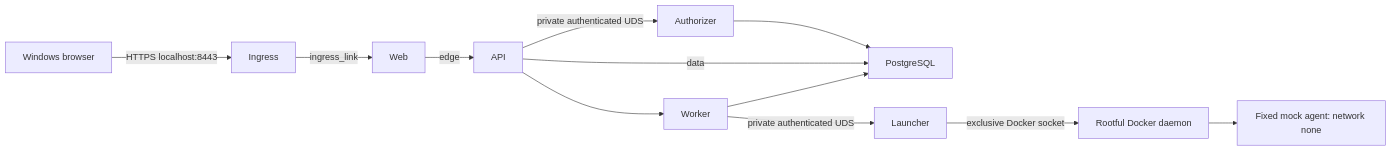
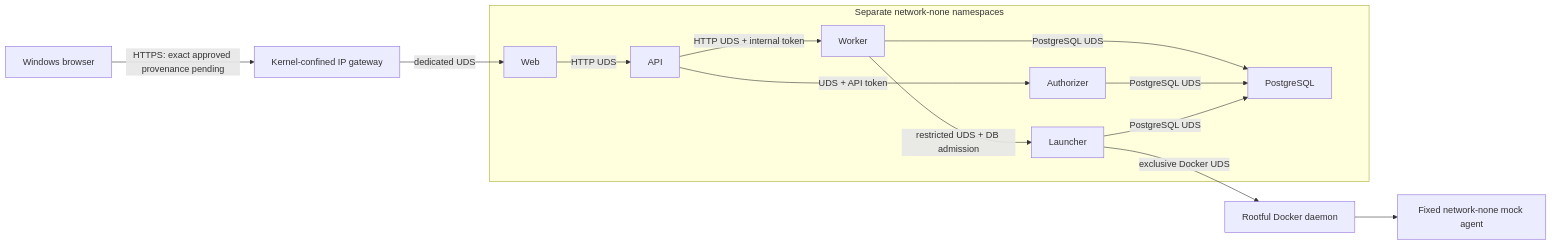
One commit to Jeysibn/omnis-os changed the diagram in docs/07-governance/adr/0012-docker-only-wsl2-control-plane.md. Above: the diagram before and after it, drawn with Mermaid. The commit also changed other lines of this file and 1 other file, not shown here.

Commit message:
docs: refine minimal-network research and blocked ingress provenance

````diff
--- a/docs/07-governance/adr/0012-docker-only-wsl2-control-plane.md
+++ b/docs/07-governance/adr/0012-docker-only-wsl2-control-plane.md
@@ -21,14 +21,16 @@
 ```mermaid
 flowchart LR
-  Windows[Windows browser] -->|HTTPS localhost:8443| Ingress
-  Ingress -->|ingress_link| Web
-  Web -->|edge| API
-  API -->|private authenticated UDS| Authorizer
-  API -->|data| PostgreSQL
-  API --> Worker
-  Worker --> PostgreSQL
-  Authorizer --> PostgreSQL
-  Worker -->|private authenticated UDS| Launcher
-  Launcher -->|exclusive Docker socket| Daemon[Rootful Docker daemon]
-  Daemon --> Agent[Fixed mock agent: network none]
+  Windows[Windows browser] -->|HTTPS: exact approved provenance pending| Gateway[Kernel-confined IP gateway]
+  Gateway -->|dedicated UDS| Web
+  subgraph Core[Separate network-none namespaces]
+    Web -->|HTTP UDS| API
+    API -->|HTTP UDS + internal token| Worker
+    API -->|UDS + API token| Authorizer
+    Worker -->|PostgreSQL UDS| DB[PostgreSQL]
+    Authorizer -->|PostgreSQL UDS| DB
+    Launcher -->|PostgreSQL UDS| DB
+    Worker -->|restricted UDS + DB admission| Launcher
+  end
+  Launcher -->|exclusive Docker UDS| Daemon[Rootful Docker daemon]
+  Daemon --> Agent[Fixed network-none mock agent]
 ```
````
